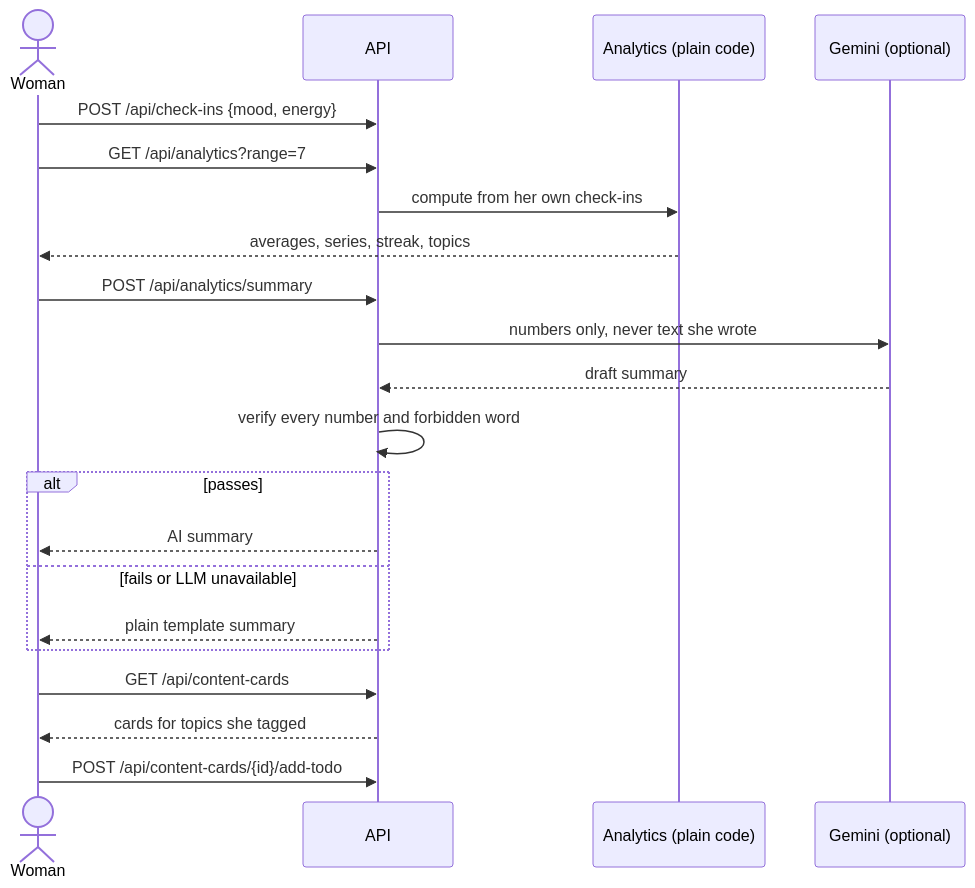
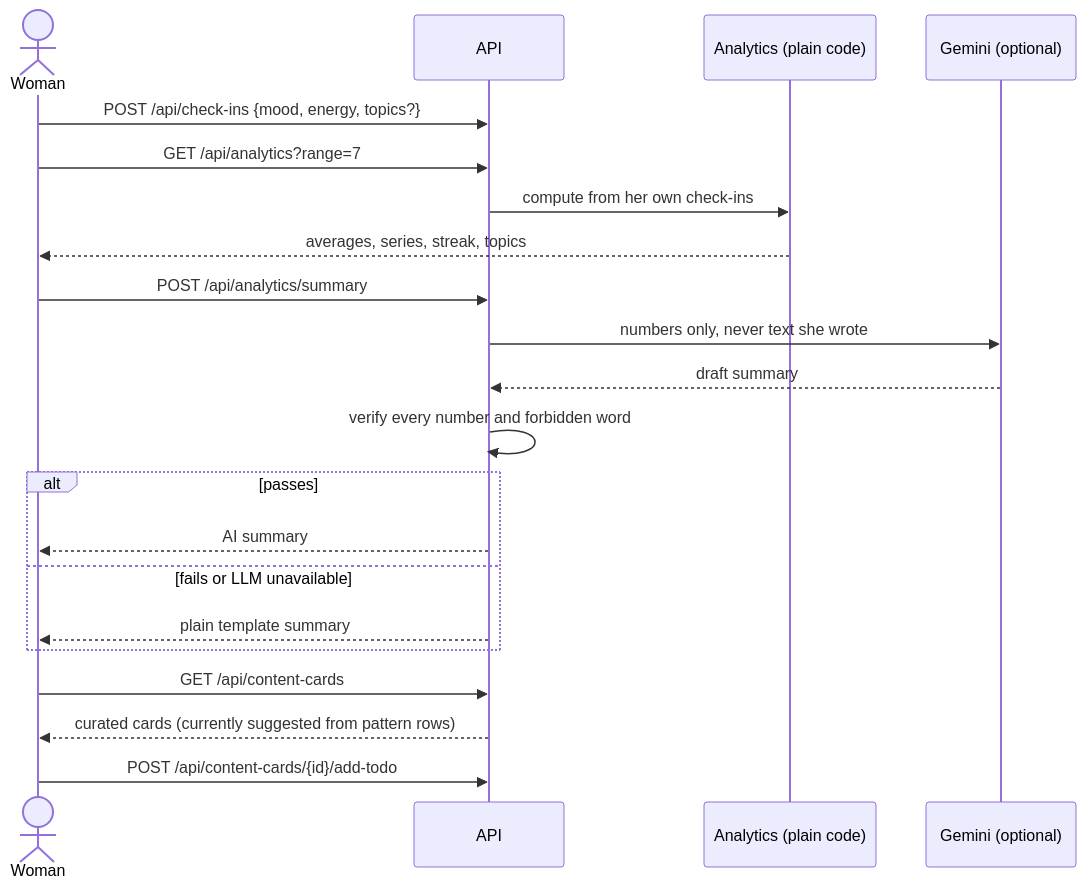
One commit to meriemchebab/Rahati changed the ninth of 10 diagrams in README.md. Above: the diagram before and after it, drawn with Mermaid. The commit also changed other lines of this file and 9 other files, not shown here.

````diff
--- a/README.md
+++ b/README.md
@@ -294,23 +294,23 @@
 ```mermaid
 sequenceDiagram
   actor Woman
   participant API
   participant Stats as Analytics (plain code)
   participant LLM as Gemini (optional)
-  Woman->>API: POST /api/check-ins {mood, energy}
+  Woman->>API: POST /api/check-ins {mood, energy, topics?}
   Woman->>API: GET /api/analytics?range=7
   API->>Stats: compute from her own check-ins
   Stats-->>Woman: averages, series, streak, topics
   Woman->>API: POST /api/analytics/summary
   API->>LLM: numbers only, never text she wrote
   LLM-->>API: draft summary
   API->>API: verify every number and forbidden word
   alt passes
     API-->>Woman: AI summary
   else fails or LLM unavailable
     API-->>Woman: plain template summary
   end
   Woman->>API: GET /api/content-cards
-  API-->>Woman: cards for topics she tagged
+  API-->>Woman: curated cards (currently suggested from pattern rows)
   Woman->>API: POST /api/content-cards/{id}/add-todo
 ```
````
